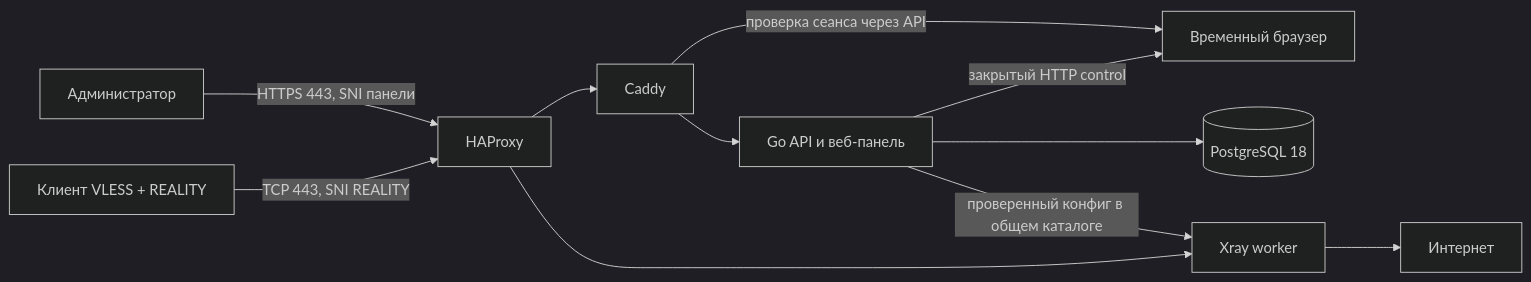
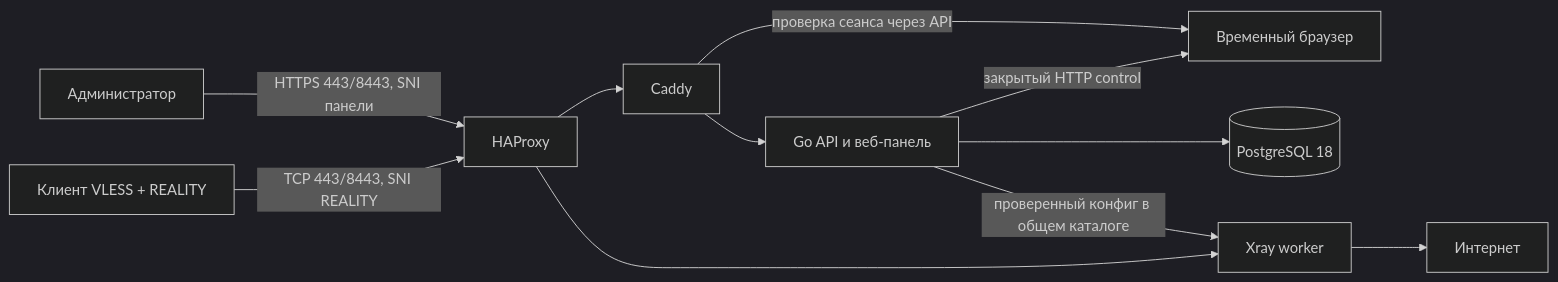
One commit to rvburov/private-gateway changed the diagram in docs/architecture.md. Above: the diagram before and after it, drawn with Mermaid (dark theme). The commit also changed other lines of this file and 31 other files, not shown here.

First line of the commit message:
Добавить резервный вход панели и VLESS на порту 8443

````diff
--- a/docs/architecture.md
+++ b/docs/architecture.md
@@ -5,13 +5,13 @@
 ```mermaid
 flowchart LR
-    Admin[Администратор] -->|HTTPS 443, SNI панели| Edge[HAProxy]
+    Admin[Администратор] -->|HTTPS 443/8443, SNI панели| Edge[HAProxy]
     Edge --> Caddy
     Caddy --> API[Go API и веб-панель]
     Caddy -->|проверка сеанса через API| Browser[Временный браузер]
     API --> DB[(PostgreSQL 18)]
     API -->|проверенный конфиг в общем каталоге| Xray[Xray worker]
     API -->|закрытый HTTP control| Browser
-    Client["Клиент VLESS + REALITY"] -->|TCP 443, SNI REALITY| Edge
+    Client["Клиент VLESS + REALITY"] -->|TCP 443/8443, SNI REALITY| Edge
     Edge --> Xray
     Xray --> Internet[Интернет]
 ```
````
